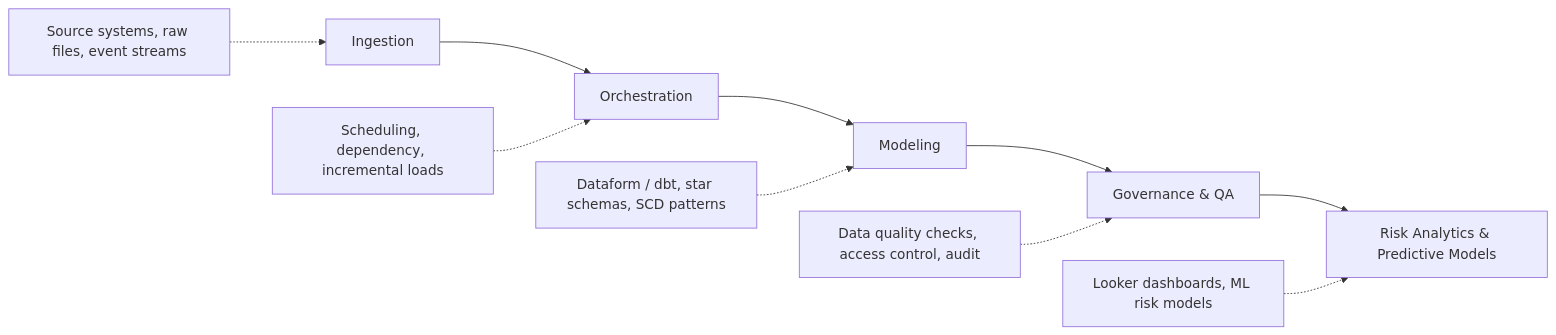
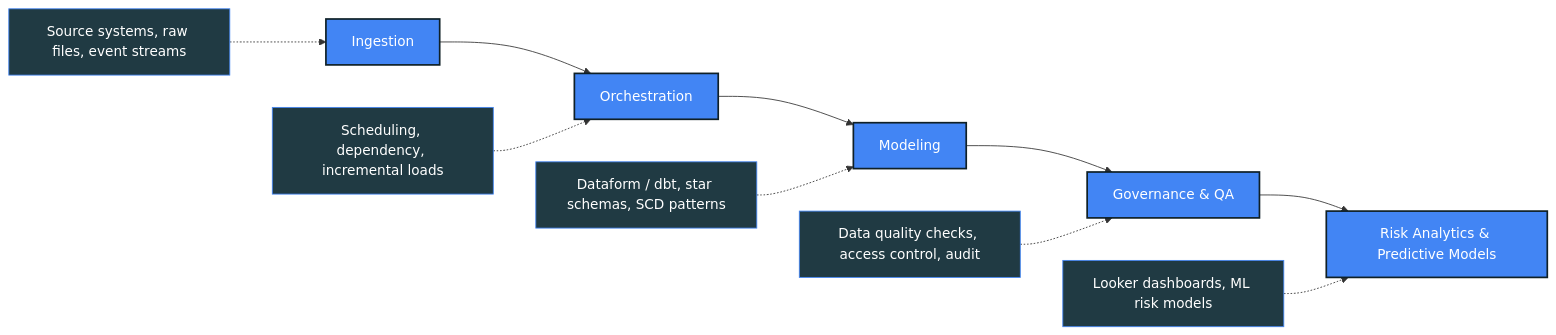
Before and after one commit to KetroSithole/KetroSithole: the diagram in README.md, drawn with Mermaid. The commit also changed other lines of this file, not shown here.

````diff
--- a/README.md
+++ b/README.md
@@ -12,13 +34,18 @@
 ```mermaid
 flowchart LR
     A[Ingestion] --> B[Orchestration]
     B --> C[Modeling]
     C --> D[Governance & QA]
     D --> E[Risk Analytics & Predictive Models]
 
     A2[Source systems, raw files, event streams] -.-> A
     B2[Scheduling, dependency, incremental loads] -.-> B
     C2[Dataform / dbt, star schemas, SCD patterns] -.-> C
     D2[Data quality checks, access control, audit] -.-> D
     E2[Looker dashboards, ML risk models] -.-> E
+
+    classDef main fill:#4285F4,stroke:#0F2027,color:#fff,stroke-width:2px;
+    classDef sub fill:#203A43,stroke:#4285F4,color:#fff;
+    class A,B,C,D,E main;
+    class A2,B2,C2,D2,E2 sub;
 ```
````
